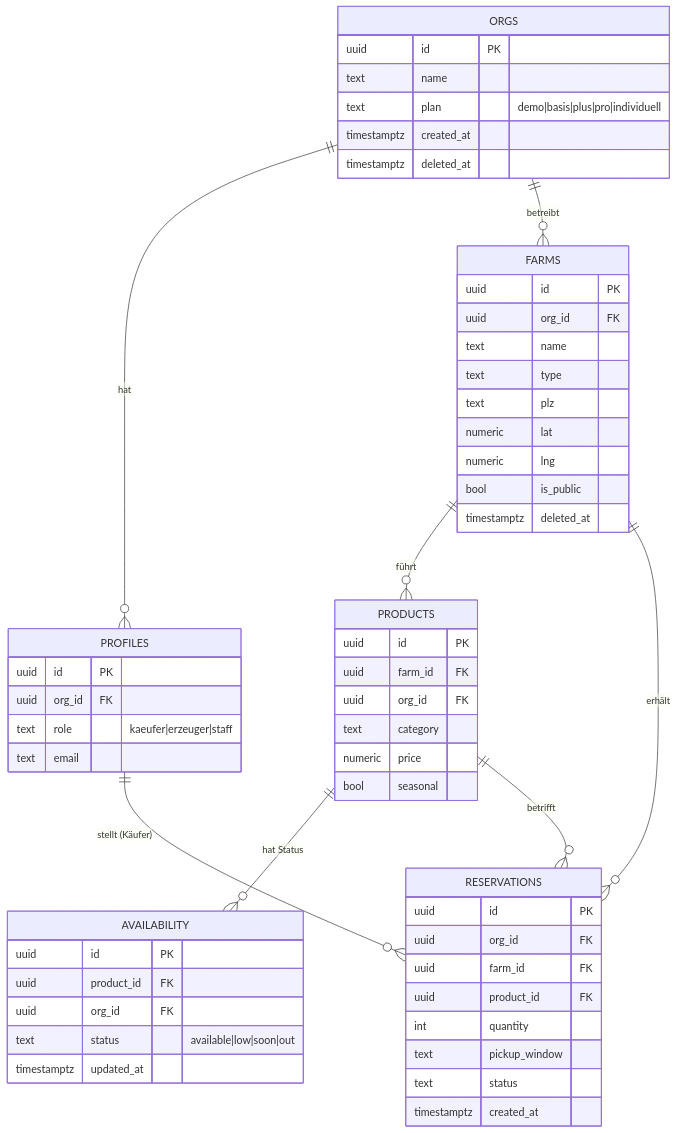
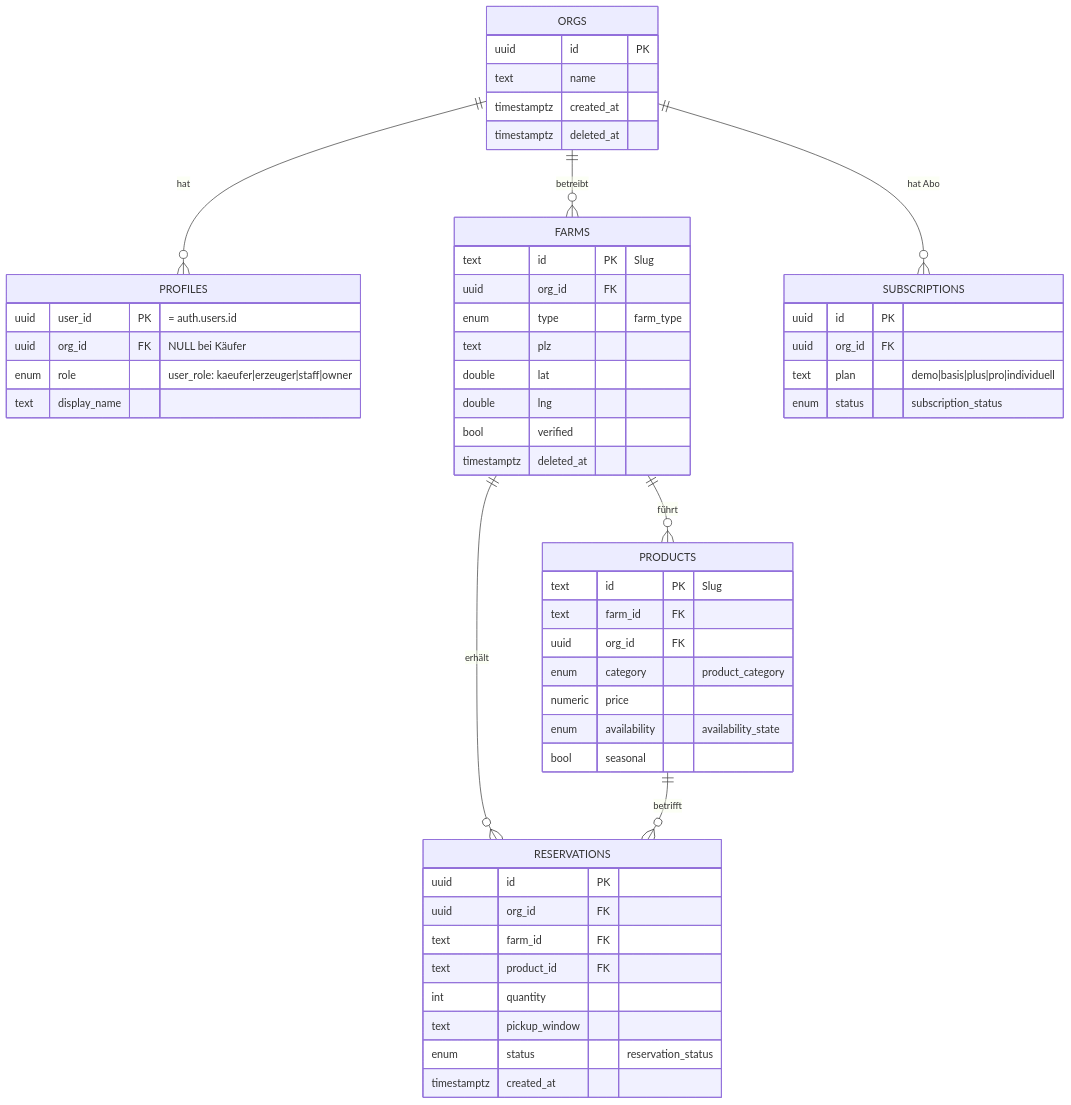
One commit to Rosenbaum-yoo/LokaleBauernConnect changed the fifth of 10 diagrams in docs/ARCHITEKTUR.md. Above: the diagram before and after it, drawn with Mermaid. The commit also changed other lines of this file and 45 other files, not shown here.

````diff
--- a/docs/ARCHITEKTUR.md
+++ b/docs/ARCHITEKTUR.md
@@ -244,60 +247,57 @@
 ```mermaid
 erDiagram
   ORGS ||--o{ PROFILES : "hat"
   ORGS ||--o{ FARMS : "betreibt"
+  ORGS ||--o{ SUBSCRIPTIONS : "hat Abo"
   FARMS ||--o{ PRODUCTS : "führt"
-  PRODUCTS ||--o{ AVAILABILITY : "hat Status"
   FARMS ||--o{ RESERVATIONS : "erhält"
   PRODUCTS ||--o{ RESERVATIONS : "betrifft"
-  PROFILES ||--o{ RESERVATIONS : "stellt (Käufer)"
 
   ORGS {
     uuid id PK
     text name
-    text plan "demo|basis|plus|pro|individuell"
     timestamptz created_at
     timestamptz deleted_at
   }
-  PROFILES {
+  SUBSCRIPTIONS {
     uuid id PK
     uuid org_id FK
-    text role "kaeufer|erzeuger|staff"
-    text email
+    text plan "demo|basis|plus|pro|individuell"
+    enum status "subscription_status"
+  }
+  PROFILES {
+    uuid user_id PK "= auth.users.id"
+    uuid org_id FK "NULL bei Käufer"
+    enum role "user_role: kaeufer|erzeuger|staff|owner"
+    text display_name
   }
   FARMS {
-    uuid id PK
+    text id PK "Slug"
     uuid org_id FK
-    text name
-    text type
+    enum type "farm_type"
     text plz
-    numeric lat
-    numeric lng
-    bool is_public
+    double lat
+    double lng
+    bool verified
     timestamptz deleted_at
   }
   PRODUCTS {
-    uuid id PK
-    uuid farm_id FK
+    text id PK "Slug"
+    text farm_id FK
     uuid org_id FK
-    text category
+    enum category "product_category"
     numeric price
+    enum availability "availability_state"
     bool seasonal
-  }
-  AVAILABILITY {
-    uuid id PK
-    uuid product_id FK
-    uuid org_id FK
-    text status "available|low|soon|out"
-    timestamptz updated_at
   }
   RESERVATIONS {
     uuid id PK
     uuid org_id FK
-    uuid farm_id FK
-    uuid product_id FK
+    text farm_id FK
+    text product_id FK
     int quantity
     text pickup_window
-    text status
+    enum status "reservation_status"
     timestamptz created_at
   }
 ```
````
